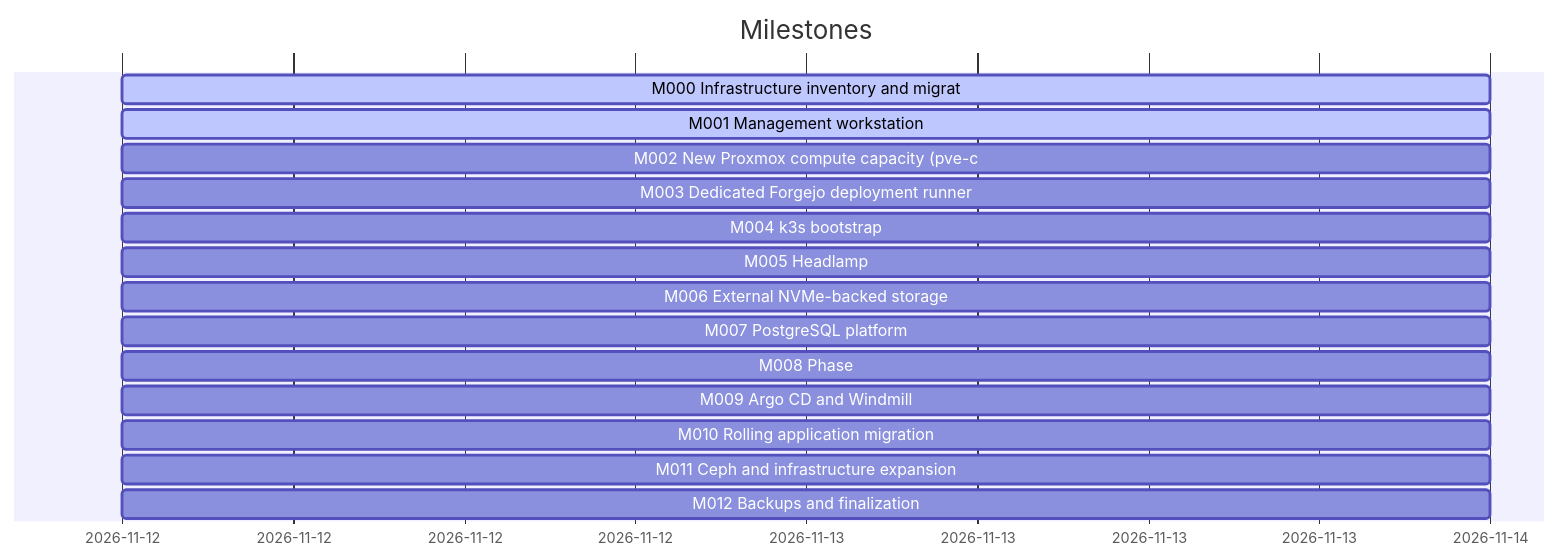
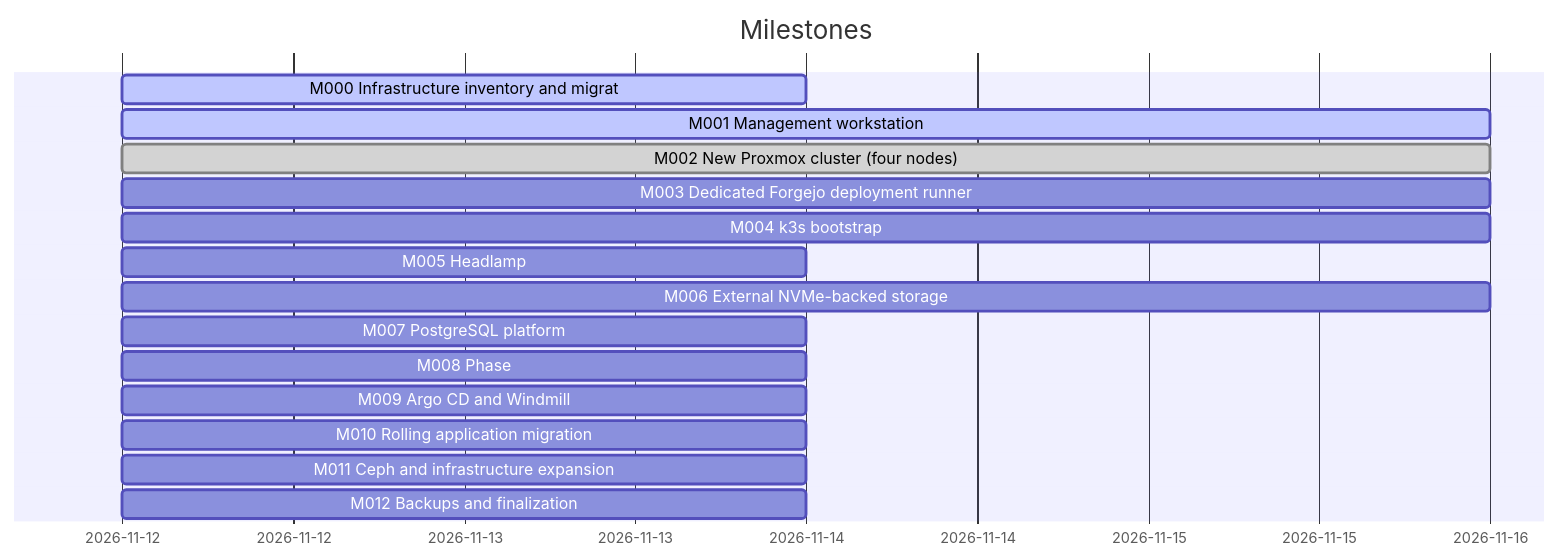
The diagram in docs/dashboard.md (doku-code/homelab-iac), drawn with Mermaid before and after one commit. The commit also changed other lines of this file and 17 other files, not shown here.

````diff
--- a/docs/dashboard.md
+++ b/docs/dashboard.md
@@ -35,18 +35,18 @@
 ```mermaid
 gantt
     dateFormat YYYY-MM-DD
     title Milestones
     M000 Infrastructure inventory and migrat :active, m000, 2026-11-12, 2026-11-14
-    M001 Management workstation :active, m001, 2026-11-12, 2026-11-14
-    M002 New Proxmox compute capacity (pve-c :m002, 2026-11-12, 2026-11-14
-    M003 Dedicated Forgejo deployment runner :m003, 2026-11-12, 2026-11-14
-    M004 k3s bootstrap :m004, 2026-11-12, 2026-11-14
+    M001 Management workstation :active, m001, 2026-11-12, 2026-11-16
+    M002 New Proxmox cluster (four nodes) :done, m002, 2026-11-12, 2026-11-16
+    M003 Dedicated Forgejo deployment runner :m003, 2026-11-12, 2026-11-16
+    M004 k3s bootstrap :m004, 2026-11-12, 2026-11-16
     M005 Headlamp :m005, 2026-11-12, 2026-11-14
-    M006 External NVMe-backed storage :m006, 2026-11-12, 2026-11-14
+    M006 External NVMe-backed storage :m006, 2026-11-12, 2026-11-16
     M007 PostgreSQL platform :m007, 2026-11-12, 2026-11-14
     M008 Phase :m008, 2026-11-12, 2026-11-14
     M009 Argo CD and Windmill :m009, 2026-11-12, 2026-11-14
     M010 Rolling application migration :m010, 2026-11-12, 2026-11-14
     M011 Ceph and infrastructure expansion :m011, 2026-11-12, 2026-11-14
     M012 Backups and finalization :m012, 2026-11-12, 2026-11-14
 ```
````
